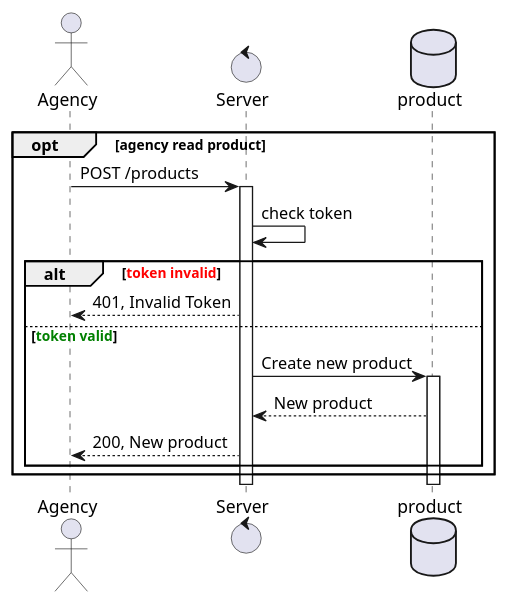
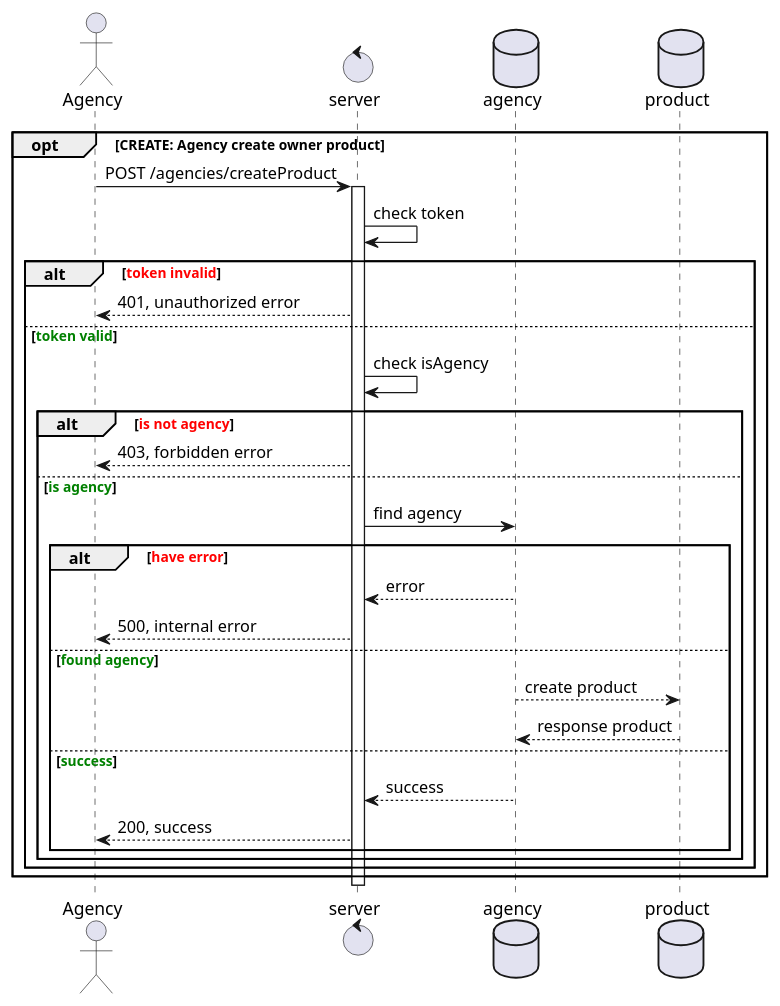
One commit to vuhoanganh1821/Backend_Test changed the diagram in e-commercial/docs/sequence-diagram/agency/createProduct.plantuml. Above: the diagram before and after it, drawn with PlantUML. The commit also changed 20 other files, not shown here.

Commit message:
BE-04 | improve sequence diagram

```diff
--- a/e-commercial/docs/sequence-diagram/agency/createProduct.plantuml
+++ b/e-commercial/docs/sequence-diagram/agency/createProduct.plantuml
@@ -1,23 +1,36 @@
-@startuml agency create of owner product
+@startuml create owner product agency sequence
 
-
-actor Agency
-control Server
+actor Agency 
+control server
+database agency
 database product
 
-opt agency read product
-  Agency -> Server: POST /products
-  activate Server
-  Server -> Server: check token
-  alt <font color="Red">token invalid</font>
-    Agency <-- Server: 401, Invalid Token
-  else <font color="Green">token valid</font>
-    Server -> product: Create new product
-    activate product
-    Server <-- product: New product
-    Agency <-- Server: 200, New product
+opt CREATE: Agency create owner product
+  Agency -> server: POST /agencies/createProduct
+  activate server
+  server -> server: check token
+  alt <font color=red>token invalid</font>
+    server --> Agency: 401, unauthorized error
+  else <font color=green>token valid</font>
+    server -> server: check isAgency
+    alt <font color=red>is not agency</font>
+      server --> Agency: 403, forbidden error
+    else <font color=green>is agency</font>
+      server -> agency: find agency
+      alt <font color=red>have error</font>
+        agency --> server: error
+        server --> Agency: 500, internal error
+      else <font color=green>found agency</font>
+        agency --> product: create product
+          product --> agency: response product
+      else <font color=green>success</font>
+          agency --> server: success
+          server --> Agency: 200, success
+        end
+      end
+    end
   end
-end
+    deactivate server
 
 
 @enduml
```
